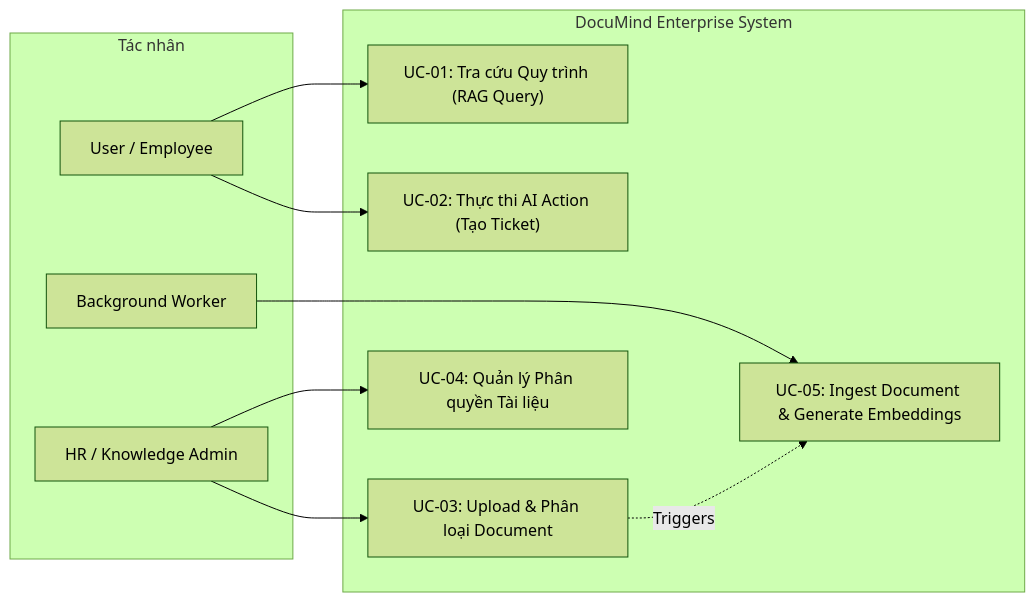
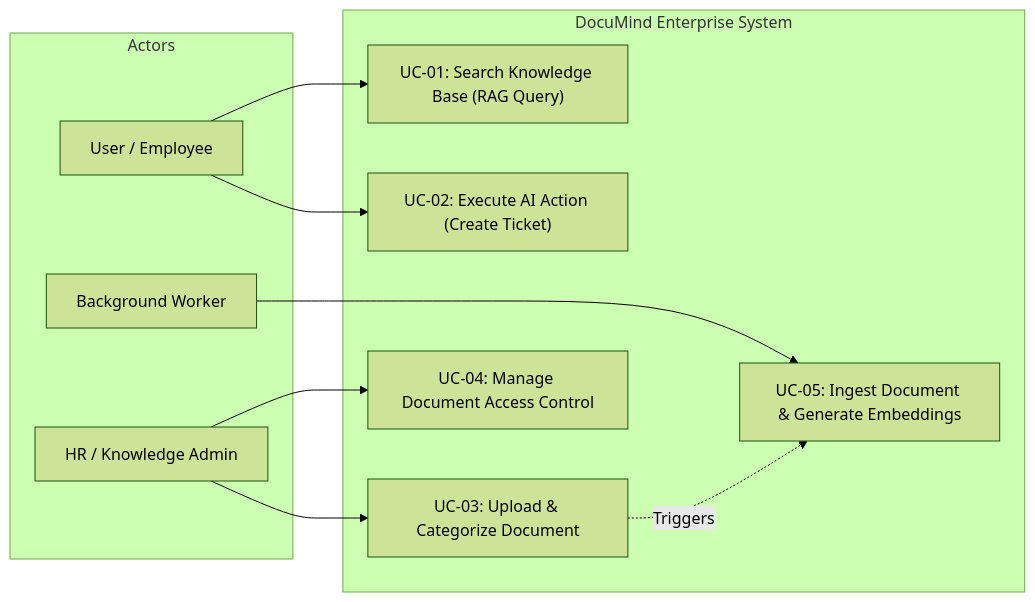
The first of 5 diagrams in README.md (NhuNhuNguyen/DocuMindEnterprise), drawn with Mermaid (forest theme) before and after one commit. The commit also changed other lines of this file, not shown here.

Commit message:
fix: correct mermaid syntax in README to render diagrams

````diff
--- a/README.md
+++ b/README.md
@@ -13,29 +13,29 @@
 ```mermaid
 
 flowchart LR
     %% Actors
-    subgraph Actors["Tác nhân"]
+    subgraph Actors["Actors"]
         User["User / Employee"]
         Admin["HR / Knowledge Admin"]
         Worker["Background Worker"]
     end
 
     %% Use Cases
     subgraph DocuMind["DocuMind Enterprise System"]
-        UC1["UC-01: Tra cứu Quy trình (RAG Query)"]
-        UC2["UC-02: Thực thi AI Action (Tạo Ticket)"]
-        UC3["UC-03: Upload & Phân loại Document"]
-        UC4["UC-04: Quản lý Phân quyền Tài liệu"]
+        UC1["UC-01: Search Knowledge Base (RAG Query)"]
+        UC2["UC-02: Execute AI Action (Create Ticket)"]
+        UC3["UC-03: Upload & Categorize Document"]
+        UC4["UC-04: Manage Document Access Control"]
         UC5["UC-05: Ingest Document & Generate Embeddings"]
     end
 
     %% Relations
     User --> UC1
     User --> UC2
     Admin --> UC3
     Admin --> UC4
     Worker --> UC5
 
     UC3 -.->|Triggers| UC5
 
 ```
````
